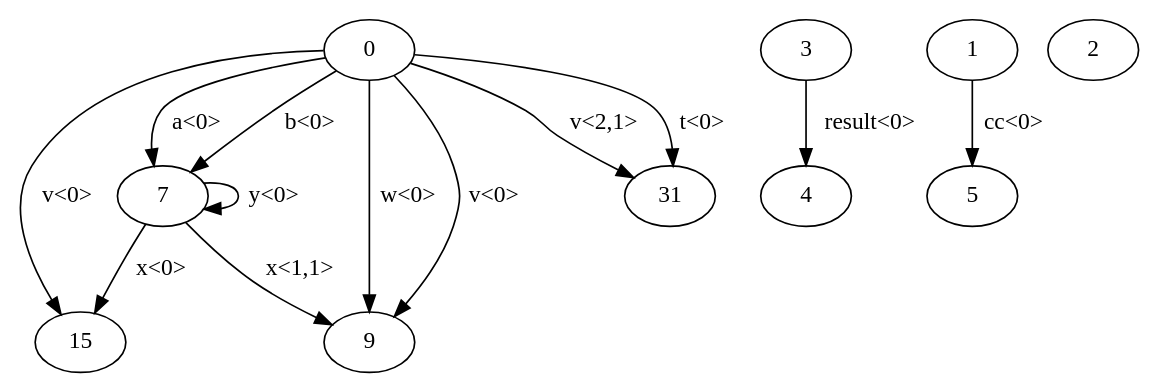
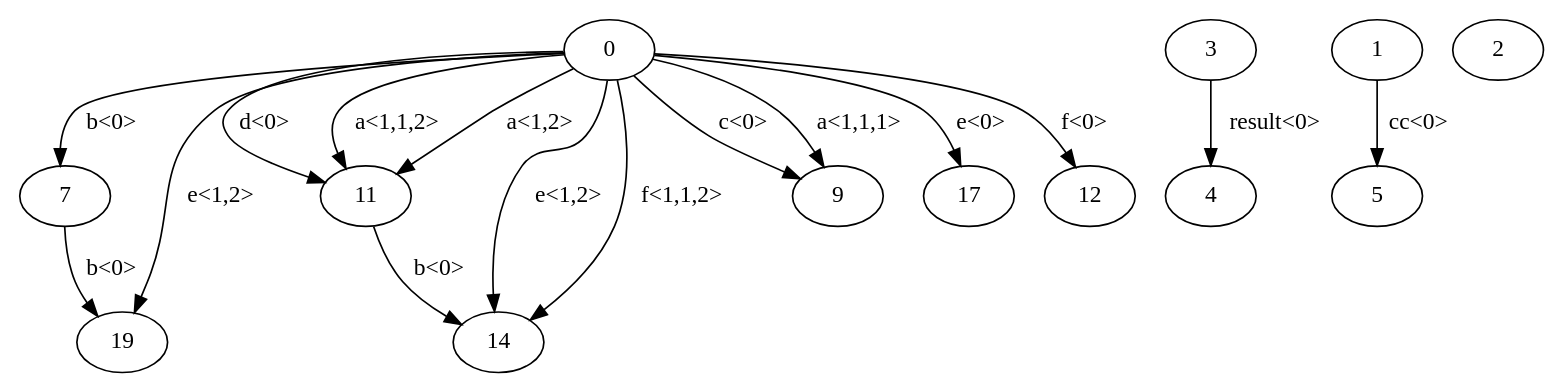
One commit to varivera/aliasing-java changed the diagram in AliasingImpl/source/test.dot. Above: the diagram before and after it, drawn with Graphviz. The commit also changed 6 other files, not shown here.

```diff
--- a/AliasingImpl/source/test.dot
+++ b/AliasingImpl/source/test.dot
@@ -1,24 +1,30 @@
 digraph G {
-n7->n15 [label="x<0>"]
-n7->n7 [label="y<0>"]
-n7->n9 [label="x<1,1>"]
+n7->n19 [label="b<0>"]
+n11->n14 [label="b<0>"]
 n0->n7 [label="b<0>"]
-n0->n31 [label="t<0>"]
-n0->n15 [label="v<0>"]
-n0->n9 [label="v<0>"]
-n0->n9 [label="w<0>"]
-n0->n31 [label="v<2,1>"]
-n0->n7 [label="a<0>"]
+n0->n9 [label="c<0>"]
+n0->n11 [label="d<0>"]
+n0->n17 [label="e<0>"]
+n0->n12 [label="f<0>"]
+n0->n9 [label="a<1,1,1>"]
+n0->n11 [label="a<1,1,2>"]
+n0->n14 [label="e<1,2>"]
+n0->n19 [label="e<1,2>"]
+n0->n14 [label="f<1,1,2>"]
+n0->n11 [label="a<1,2>"]
+n14[label="14"]
 n0[label="0"]
-n15[label="15"]
+n17[label="17"]
+n19[label="19"]
 n7[label="7"]
 n9[label="9"]
-n31[label="31"]
+n12[label="12"]
+n11[label="11"]
 n3->n4 [label="result<0>"]
 n3[label="3"]
 n4[label="4"]
 n1->n5 [label="cc<0>"]
 n1[label="1"]
 n5[label="5"]
 n2[label="2"]
 }
```
